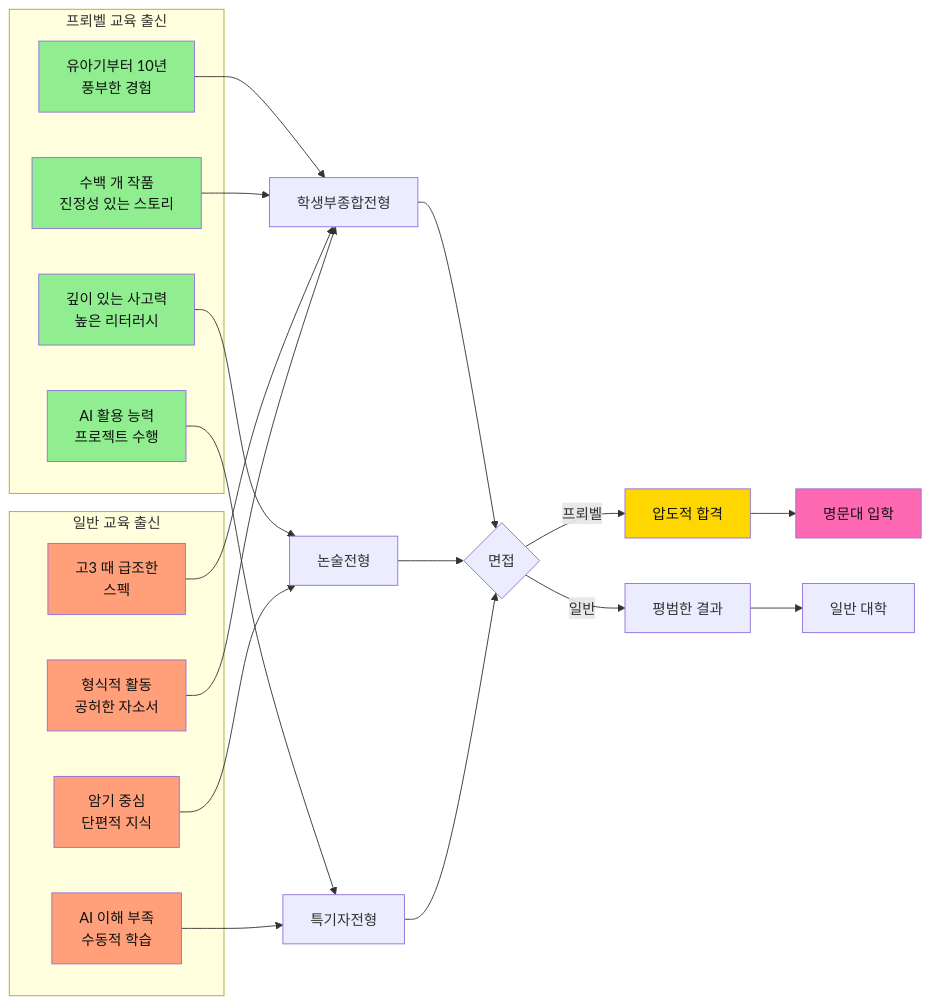
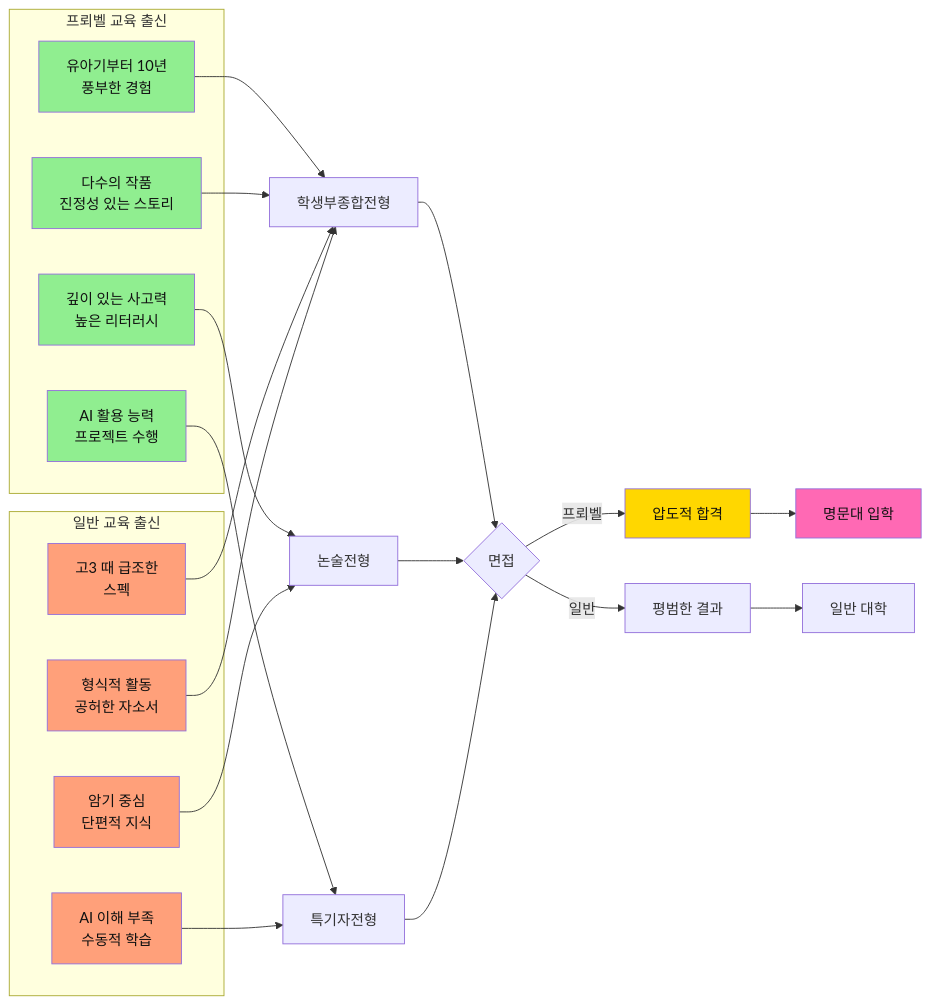
Diagram 16 of 22 in 나이별_프뢰벨교육과_AI시대_종합가이드.md (Collegenie-X/froebel), drawn with Mermaid before and after one commit. The commit also changed other lines of this file and 2 other files, not shown here.

````diff
--- a/나이별_프뢰벨교육과_AI시대_종합가이드.md
+++ b/나이별_프뢰벨교육과_AI시대_종합가이드.md
@@ -691,48 +691,48 @@
 ```mermaid
 graph LR
     subgraph 프뢰벨출신[프뢰벨 교육 출신]
         A1[유아기부터 10년<br/>풍부한 경험]
-        A2[수백 개 작품<br/>진정성 있는 스토리]
+        A2[다수의 작품<br/>진정성 있는 스토리]
         A3[깊이 있는 사고력<br/>높은 리터러시]
         A4[AI 활용 능력<br/>프로젝트 수행]
     end
     
     subgraph 일반학생[일반 교육 출신]
         B1[고3 때 급조한<br/>스펙]
         B2[형식적 활동<br/>공허한 자소서]
         B3[암기 중심<br/>단편적 지식]
         B4[AI 이해 부족<br/>수동적 학습]
     end
     
     A1 --> C[학생부종합전형]
     A2 --> C
     A3 --> D[논술전형]
     A4 --> E[특기자전형]
     
     B1 --> C
     B2 --> C
     B3 --> D
     B4 --> E
     
     C --> F{면접}
     D --> F
     E --> F
     
     F -->|프뢰벨| G[압도적 합격]
     F -->|일반| H[평범한 결과]
     
     G --> I[명문대 입학]
     H --> J[일반 대학]
     
     style A1 fill:#90EE90,color:#111
     style A2 fill:#90EE90,color:#111
     style A3 fill:#90EE90,color:#111
     style A4 fill:#90EE90,color:#111
     style G fill:#FFD700,color:#111
     style I fill:#FF69B4,color:#111
     
     style B1 fill:#FFA07A,color:#111
     style B2 fill:#FFA07A,color:#111
     style B3 fill:#FFA07A,color:#111
     style B4 fill:#FFA07A,color:#111
 ```
````
